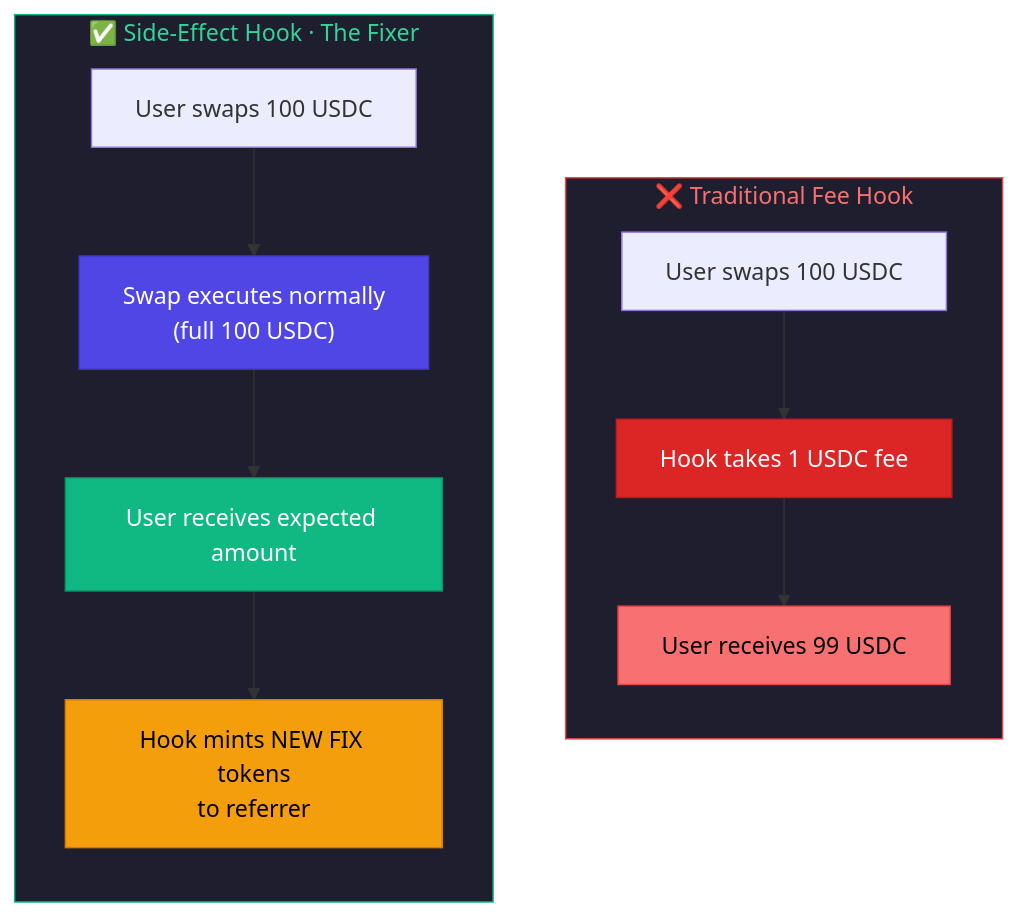
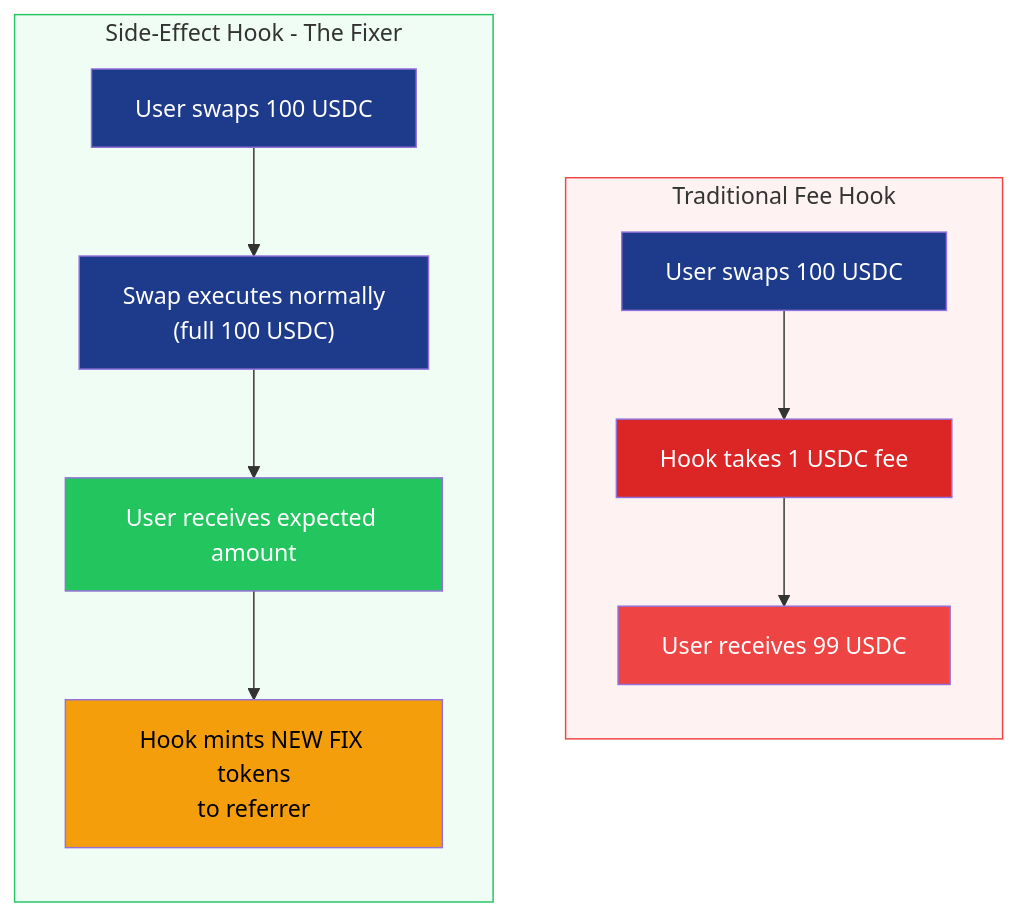
The second of 4 diagrams in README.md (guglxni/the-fixer-hook), drawn with Mermaid before and after one commit. The commit also changed other lines of this file and 5 other files, not shown here.

Commit message:
Professional README architecture diagram, emoji cleanup, screenshot removal

````diff
--- a/README.md
+++ b/README.md
@@ -147,23 +129,25 @@
 ```mermaid
 flowchart TD
-    subgraph traditional["❌ Traditional Fee Hook"]
+    subgraph traditional["Traditional Fee Hook"]
         direction TB
         T1["User swaps 100 USDC"] --> T2["Hook takes 1 USDC fee"]
         T2 --> T3["User receives 99 USDC"]
     end
 
-    subgraph sideeffect["✅ Side-Effect Hook · The Fixer"]
+    subgraph sideeffect["Side-Effect Hook - The Fixer"]
         direction TB
         S1["User swaps 100 USDC"] --> S2["Swap executes normally\n(full 100 USDC)"]
         S2 --> S3["User receives expected amount"]
         S3 --> S4["Hook mints NEW FIX tokens\nto referrer"]
     end
 
-    style traditional fill:#1E1E2E,color:#F87171,stroke:#EF4444
-    style sideeffect fill:#1E1E2E,color:#34D399,stroke:#10B981
-    style T2 fill:#DC2626,color:#fff,stroke:#B91C1C
-    style T3 fill:#F87171,color:#000,stroke:#EF4444
-    style S2 fill:#4F46E5,color:#fff,stroke:#4338CA
-    style S3 fill:#10B981,color:#fff,stroke:#059669
-    style S4 fill:#F59E0B,color:#000,stroke:#D97706
+    style traditional fill:#fef2f2,stroke:#ef4444
+    style sideeffect fill:#f0fdf4,stroke:#22c55e
+    style T1 fill:#1e3a8a,color:#fff
+    style T2 fill:#dc2626,color:#fff
+    style T3 fill:#ef4444,color:#fff
+    style S1 fill:#1e3a8a,color:#fff
+    style S2 fill:#1e3a8a,color:#fff
+    style S3 fill:#22c55e,color:#fff
+    style S4 fill:#f59e0b,color:#000
 ```
````
